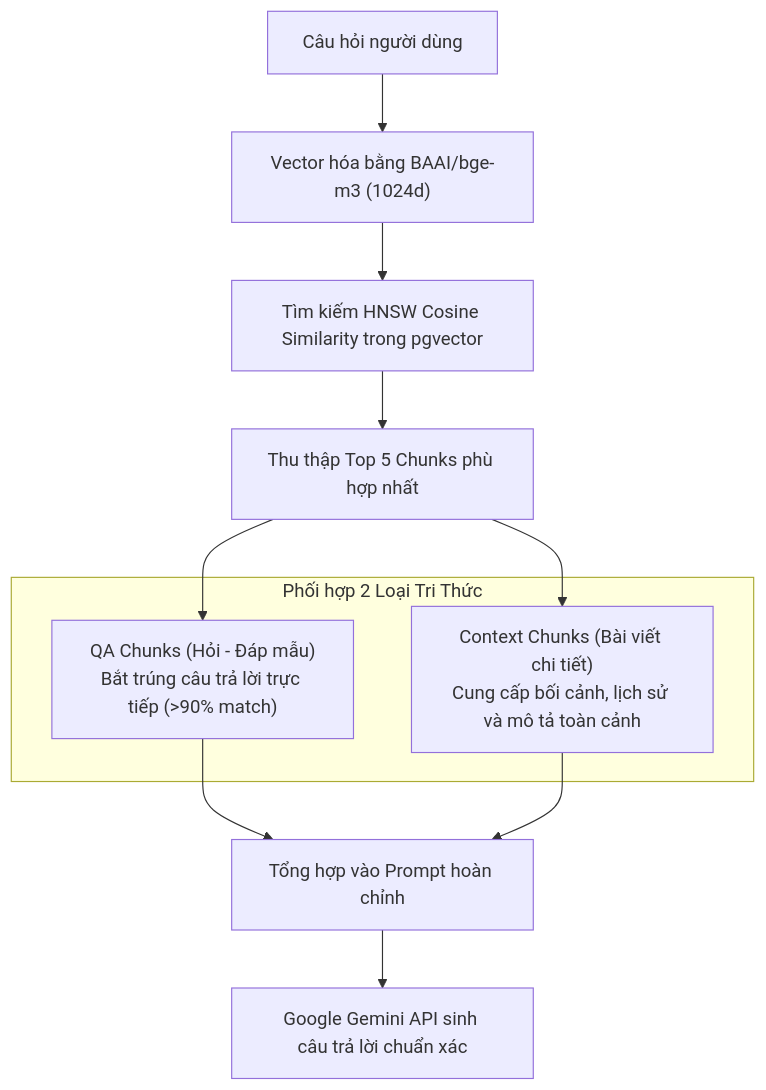
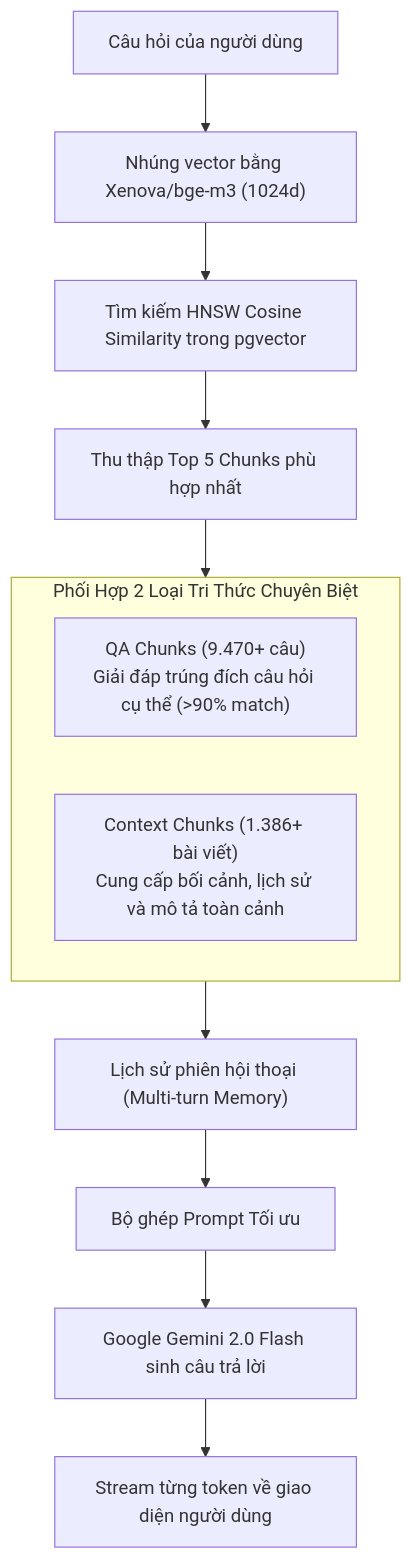
One commit to hoducvinhh/Ai-Travel-Planner changed the diagram in docs/agent.md. Above: the diagram before and after it, drawn with Mermaid. The commit also changed other lines of this file and 4 other files, not shown here.

Commit message:
docs: add comprehensive project documentation including design system, PRD, API, agent, and architecture specs

````diff
--- a/docs/agent.md
+++ b/docs/agent.md
@@ -24,16 +26,17 @@
 ```mermaid
 flowchart TD
-    Query["Câu hỏi người dùng"] --> Embed["Vector hóa bằng BAAI/bge-m3 (1024d)"]
-    Embed --> VectorSearch["Tìm kiếm HNSW Cosine Similarity trong pgvector"]
-    
-    VectorSearch --> Retrieve["Thu thập Top 5 Chunks phù hợp nhất"]
-    
-    subgraph MultiChunkCoordination ["Phối hợp 2 Loại Tri Thức"]
-        QAChunk["QA Chunks (Hỏi - Đáp mẫu)<br>Bắt trúng câu trả lời trực tiếp (>90% match)"]
-        ContextChunk["Context Chunks (Bài viết chi tiết)<br>Cung cấp bối cảnh, lịch sử và mô tả toàn cảnh"]
+    UserQuery["Câu hỏi của người dùng"] --> LocalEmbed["Nhúng vector bằng Xenova/bge-m3 (1024d)"]
+    LocalEmbed --> VectorSearch["Tìm kiếm HNSW Cosine Similarity trong pgvector"]
+    VectorSearch --> Top5["Thu thập Top 5 Chunks phù hợp nhất"]
+
+    subgraph MultiKnowledge ["Phối Hợp 2 Loại Tri Thức Chuyên Biệt"]
+        QAChunk["QA Chunks (9.470+ câu)<br>Giải đáp trúng đích câu hỏi cụ thể (>90% match)"]
+        ContextChunk["Context Chunks (1.386+ bài viết)<br>Cung cấp bối cảnh, lịch sử và mô tả toàn cảnh"]
     end
-    
-    Retrieve --> QAChunk & ContextChunk
-    QAChunk & ContextChunk --> Synthesize["Tổng hợp vào Prompt hoàn chỉnh"]
-    Synthesize --> LLM["Google Gemini API sinh câu trả lời chuẩn xác"]
+
+    Top5 --> MultiKnowledge
+    MultiKnowledge --> History["Lịch sử phiên hội thoại (Multi-turn Memory)"]
+    History --> PromptBuilder["Bộ ghép Prompt Tối ưu"]
+    PromptBuilder --> GeminiLLM["Google Gemini 2.0 Flash sinh câu trả lời"]
+    GeminiLLM --> SSEStream["Stream từng token về giao diện người dùng"]
 ```
````
